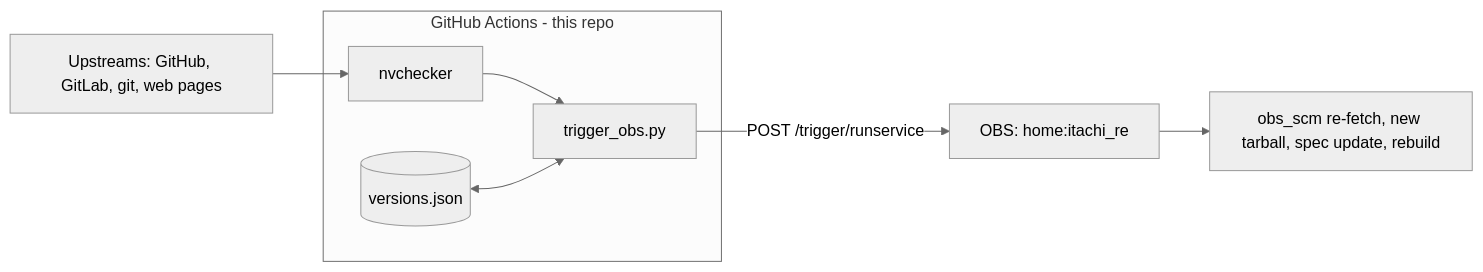
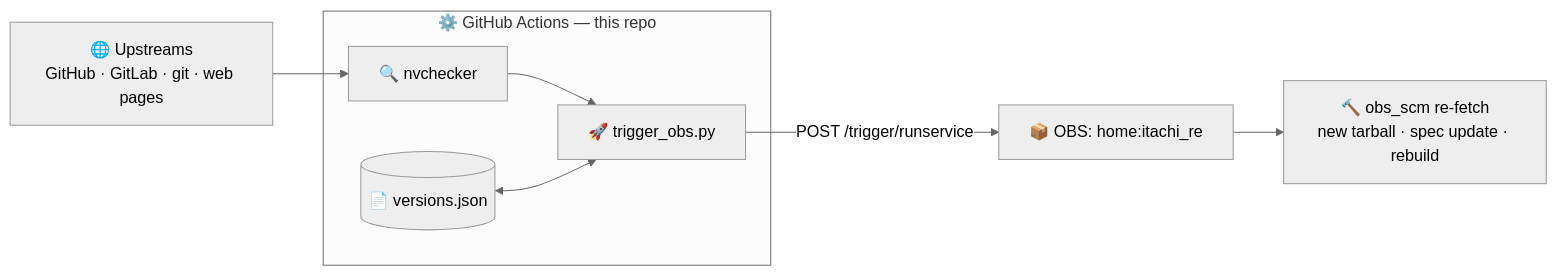
The first of 2 diagrams in README.md (itachi-re/obs-auto-trigger), drawn with Mermaid (neutral theme) before and after one commit. The commit also changed other lines of this file, not shown here.

````diff
--- a/README.md
+++ b/README.md
@@ -35,10 +30,10 @@
 ```mermaid
 flowchart LR
-    U["Upstreams: GitHub, GitLab, git, web pages"] --> NV["nvchecker"]
-    subgraph GH["GitHub Actions - this repo"]
-        NV --> TR["trigger_obs.py"]
-        VJ[("versions.json")] <--> TR
+    U["🌐 Upstreams<br/>GitHub · GitLab · git · web pages"] --> NV["🔍 nvchecker"]
+    subgraph GH["⚙️ GitHub Actions — this repo"]
+        NV --> TR["🚀 trigger_obs.py"]
+        VJ[("📄 versions.json")] <--> TR
     end
-    TR -->|"POST /trigger/runservice"| OBS["OBS: home:itachi_re"]
-    OBS --> B["obs_scm re-fetch, new tarball, spec update, rebuild"]
+    TR -->|"POST /trigger/runservice"| OBS["📦 OBS: home:itachi_re"]
+    OBS --> B["🔨 obs_scm re-fetch<br/>new tarball · spec update · rebuild"]
 ```
````
